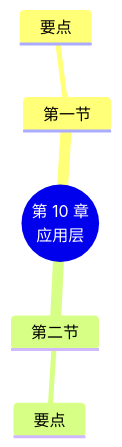
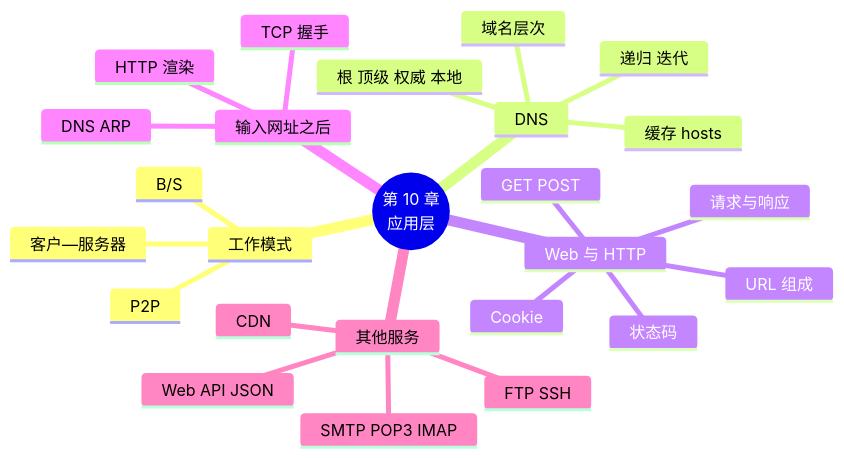
One commit to MingziFu9/computer-network changed the second of 2 diagrams in docs/chapters/10-application/index.md. Above: the diagram before and after it, drawn with Mermaid. The commit also changed other lines of this file and 11 other files, not shown here.

````diff
--- a/docs/chapters/10-application/index.md
+++ b/docs/chapters/10-application/index.md
@@ -185,8 +845,28 @@
 ```mermaid
 mindmap
   root((第 10 章<br/>应用层))
-    第一节
-      要点
-    第二节
-      要点
+    工作模式
+      客户—服务器
+      B/S
+      P2P
+    DNS
+      域名层次
+      根 顶级 权威 本地
+      递归 迭代
+      缓存 hosts
+    Web 与 HTTP
+      URL 组成
+      请求与响应
+      GET POST
+      状态码
+      Cookie
+    输入网址之后
+      DNS ARP
+      TCP 握手
+      HTTP 渲染
+    其他服务
+      Web API JSON
+      SMTP POP3 IMAP
+      FTP SSH
+      CDN
 ```
````
